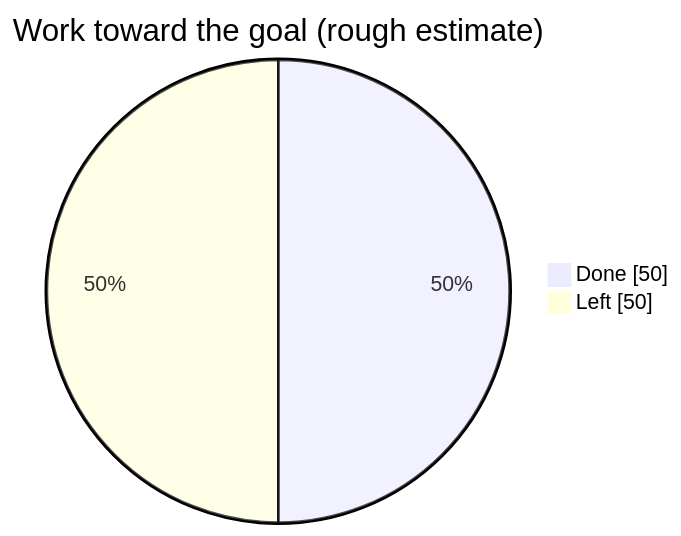
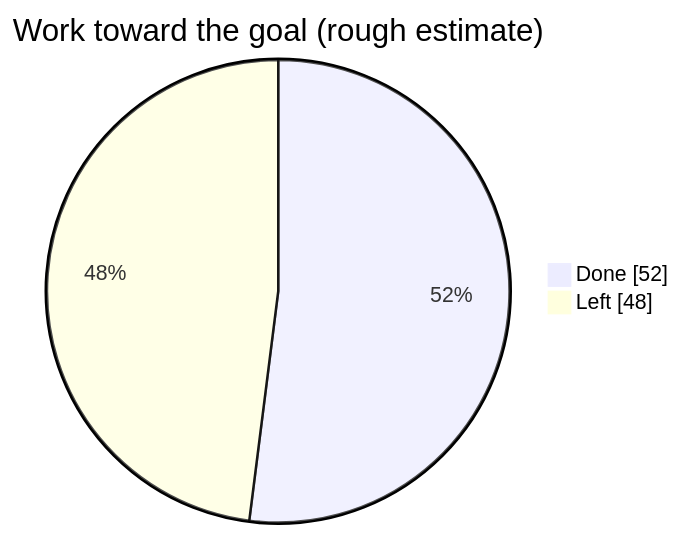
Before and after one commit to mewiof/Holy-Interoperability: the diagram in README.md, drawn with Mermaid. The commit also changed other lines of this file, not shown here.

````diff
--- a/README.md
+++ b/README.md
@@ -40,5 +37,5 @@
 ```mermaid
 pie showData title Work toward the goal (rough estimate)
-  "Done" : 50
-  "Left" : 50
+  "Done" : 52
+  "Left" : 48
 ```
````
